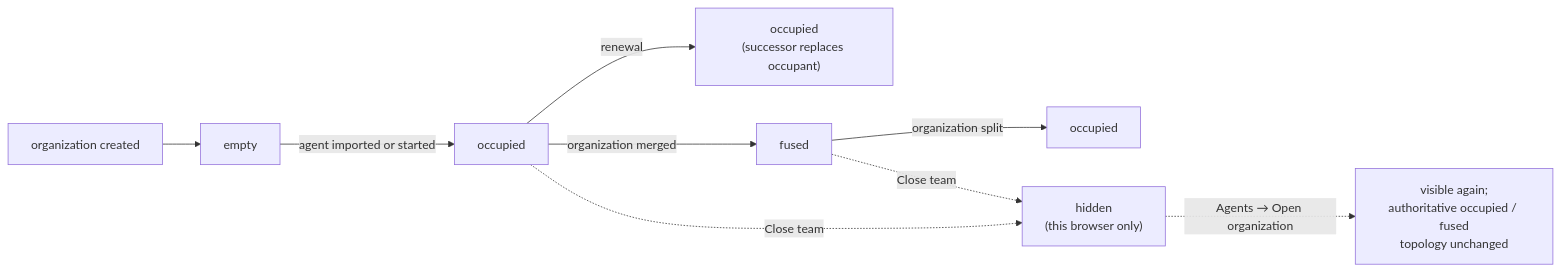
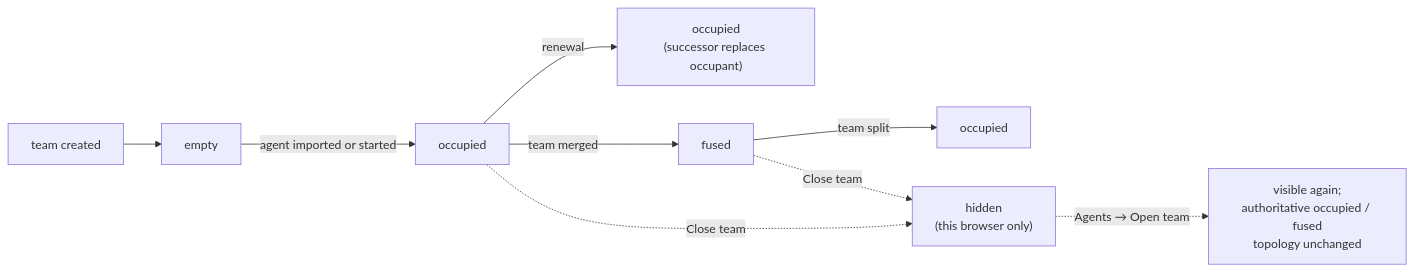
Diagram 13 of 17 in docs/product/loops.md (infimalabs/spice-rust), drawn with Mermaid before and after one commit. The commit also changed other lines of this file and 235 other files, not shown here.

````diff
--- a/docs/product/loops.md
+++ b/docs/product/loops.md
@@ -362,11 +362,11 @@
 ```mermaid
 flowchart LR
-  C["organization created"] --> E["empty"]
+  C["team created"] --> E["empty"]
   E -->|"agent imported or started"| O["occupied"]
   O -->|"renewal"| OR["occupied<br/>(successor replaces occupant)"]
-  O -->|"organization merged"| F["fused"]
-  F -->|"organization split"| OS["occupied"]
+  O -->|"team merged"| F["fused"]
+  F -->|"team split"| OS["occupied"]
   O -.->|"Close team"| H["hidden<br/>(this browser only)"]
   F -.->|"Close team"| H
-  H -.->|"Agents → Open organization"| V["visible again;<br/>authoritative occupied / fused<br/>topology unchanged"]
+  H -.->|"Agents → Open team"| V["visible again;<br/>authoritative occupied / fused<br/>topology unchanged"]
 ```
````
